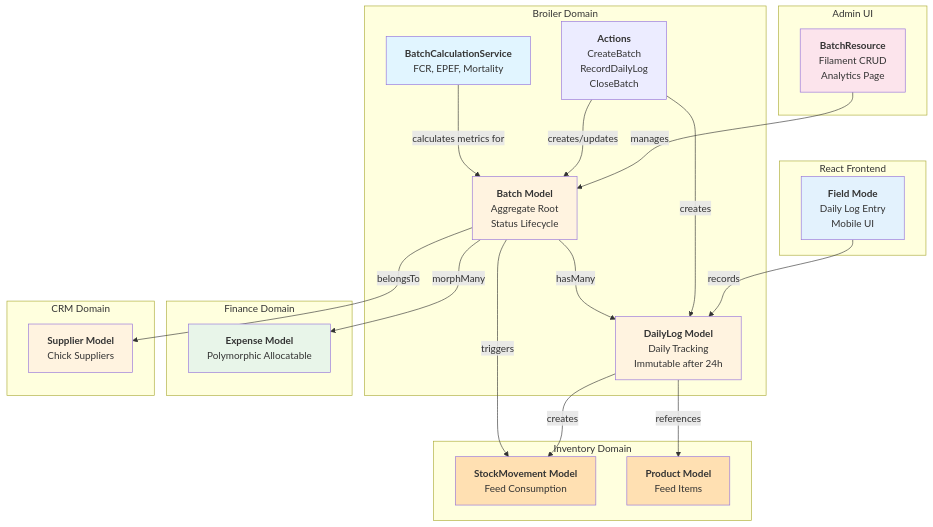
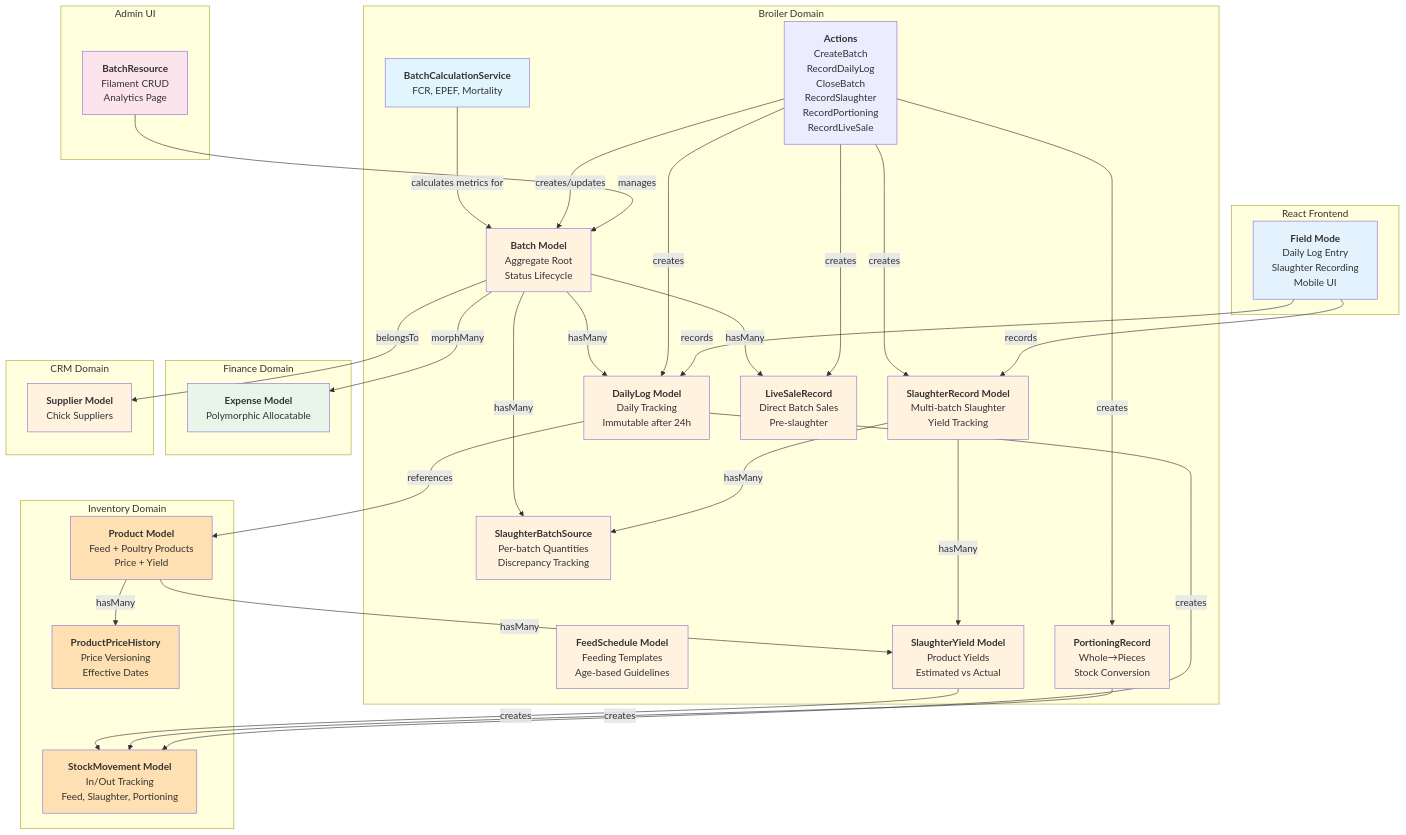
The first of 2 diagrams in plans/PHASE_3.md (kmaphane/farmsense), drawn with Mermaid before and after one commit. The commit also changed other lines of this file and 63 other files, not shown here.

````diff
--- a/plans/PHASE_3.md
+++ b/plans/PHASE_3.md
@@ -421,55 +1207,82 @@
 ```mermaid
 graph TD
     subgraph "Broiler Domain"
         Batch["<b>Batch Model</b><br/>Aggregate Root<br/>Status Lifecycle"]
         DailyLog["<b>DailyLog Model</b><br/>Daily Tracking<br/>Immutable after 24h"]
+        FeedSchedule["<b>FeedSchedule Model</b><br/>Feeding Templates<br/>Age-based Guidelines"]
+        SlaughterRecord["<b>SlaughterRecord Model</b><br/>Multi-batch Slaughter<br/>Yield Tracking"]
+        SlaughterBatchSource["<b>SlaughterBatchSource</b><br/>Per-batch Quantities<br/>Discrepancy Tracking"]
+        SlaughterYield["<b>SlaughterYield Model</b><br/>Product Yields<br/>Estimated vs Actual"]
+        PortioningRecord["<b>PortioningRecord</b><br/>Whole→Pieces<br/>Stock Conversion"]
+        LiveSaleRecord["<b>LiveSaleRecord</b><br/>Direct Batch Sales<br/>Pre-slaughter"]
         CalcService["<b>BatchCalculationService</b><br/>FCR, EPEF, Mortality"]
-        Actions["<b>Actions</b><br/>CreateBatch<br/>RecordDailyLog<br/>CloseBatch"]
+        Actions["<b>Actions</b><br/>CreateBatch<br/>RecordDailyLog<br/>CloseBatch<br/>RecordSlaughter<br/>RecordPortioning<br/>RecordLiveSale"]
     end
 
     subgraph "Finance Domain"
         Expense["<b>Expense Model</b><br/>Polymorphic Allocatable"]
     end
 
     subgraph "Inventory Domain"
-        StockMovement["<b>StockMovement Model</b><br/>Feed Consumption"]
-        Product["<b>Product Model</b><br/>Feed Items"]
+        StockMovement["<b>StockMovement Model</b><br/>In/Out Tracking<br/>Feed, Slaughter, Portioning"]
+        Product["<b>Product Model</b><br/>Feed + Poultry Products<br/>Price + Yield"]
+        ProductPriceHistory["<b>ProductPriceHistory</b><br/>Price Versioning<br/>Effective Dates"]
     end
 
     subgraph "CRM Domain"
         Supplier["<b>Supplier Model</b><br/>Chick Suppliers"]
     end
 
     subgraph "Admin UI"
         BatchResource["<b>BatchResource</b><br/>Filament CRUD<br/>Analytics Page"]
     end
 
     subgraph "React Frontend"
-        FieldMode["<b>Field Mode</b><br/>Daily Log Entry<br/>Mobile UI"]
+        FieldMode["<b>Field Mode</b><br/>Daily Log Entry<br/>Slaughter Recording<br/>Mobile UI"]
     end
 
     Batch -->|hasMany| DailyLog
+    Batch -->|hasMany| SlaughterBatchSource
+    Batch -->|hasMany| LiveSaleRecord
     Batch -->|morphMany| Expense
-    Batch -->|triggers| StockMovement
     Batch -->|belongsTo| Supplier
 
+    SlaughterRecord -->|hasMany| SlaughterBatchSource
+    SlaughterRecord -->|hasMany| SlaughterYield
+
+    SlaughterYield -->|creates| StockMovement
+    PortioningRecord -->|creates| StockMovement
     DailyLog -->|creates| StockMovement
     DailyLog -->|references| Product
+
+    Product -->|hasMany| ProductPriceHistory
+    Product -->|hasMany| SlaughterYield
 
     CalcService -->|calculates metrics for| Batch
     Actions -->|creates/updates| Batch
     Actions -->|creates| DailyLog
+    Actions -->|creates| SlaughterRecord
+    Actions -->|creates| PortioningRecord
+    Actions -->|creates| LiveSaleRecord
 
     BatchResource -->|manages| Batch
     FieldMode -->|records| DailyLog
+    FieldMode -->|records| SlaughterRecord
 
     style Batch fill:#fff3e0
     style DailyLog fill:#fff3e0
+    style FeedSchedule fill:#fff3e0
+    style SlaughterRecord fill:#fff3e0
+    style SlaughterBatchSource fill:#fff3e0
+    style SlaughterYield fill:#fff3e0
+    style PortioningRecord fill:#fff3e0
+    style LiveSaleRecord fill:#fff3e0
     style CalcService fill:#e1f5ff
     style Expense fill:#e8f5e9
     style StockMovement fill:#ffe0b2
     style Product fill:#ffe0b2
+    style ProductPriceHistory fill:#ffe0b2
     style Supplier fill:#fff3e0
     style BatchResource fill:#fce4ec
     style FieldMode fill:#e3f2fd
 ```
````
